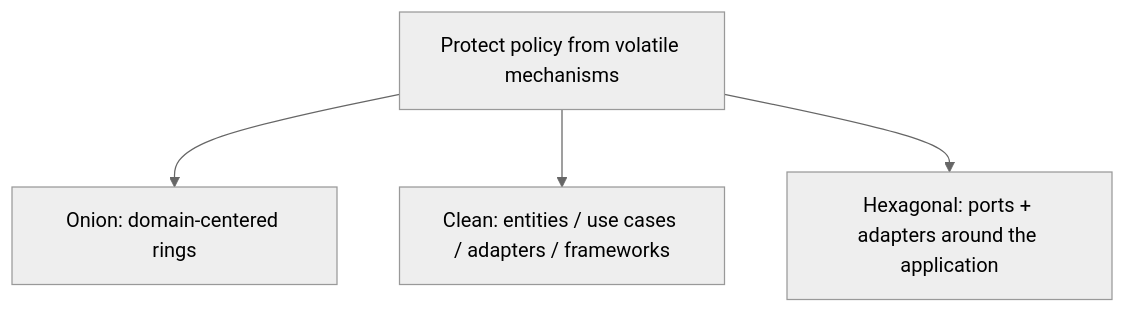
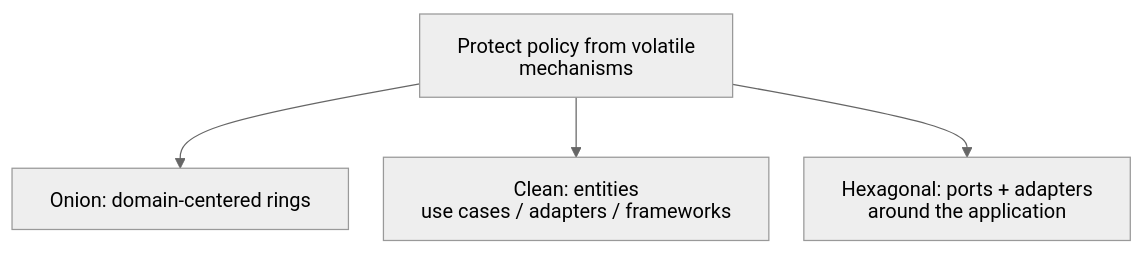
The sixth of 6 diagrams in architecture/styles/onion-architecture/README.md (AndresTaoFlorez/software-architecture), drawn with Mermaid (neutral theme) before and after one commit. The commit also changed other lines of this file and 79 other files, not shown here.

````diff
--- a/architecture/styles/onion-architecture/README.md
+++ b/architecture/styles/onion-architecture/README.md
@@ -294,7 +367,8 @@
 ```mermaid
+%%{init: {"htmlLabels": false, "flowchart": {"htmlLabels": false, "nodeSpacing": 28, "rankSpacing": 48, "diagramPadding": 20, "wrappingWidth": 280}, "sequence": {"wrap": true, "diagramMarginX": 20, "diagramMarginY": 20}}}%%
 flowchart TD
-    GOAL["Protect policy from volatile mechanisms"]
+    GOAL["Protect policy from volatile<br/>mechanisms"]
     GOAL --> ONION["Onion: domain-centered rings"]
-    GOAL --> CLEAN["Clean: entities / use cases / adapters / frameworks"]
-    GOAL --> HEX["Hexagonal: ports + adapters around the application"]
+    GOAL --> CLEAN["Clean: entities<br/>use cases / adapters / frameworks"]
+    GOAL --> HEX["Hexagonal: ports + adapters<br/>around the application"]
 ```
````
